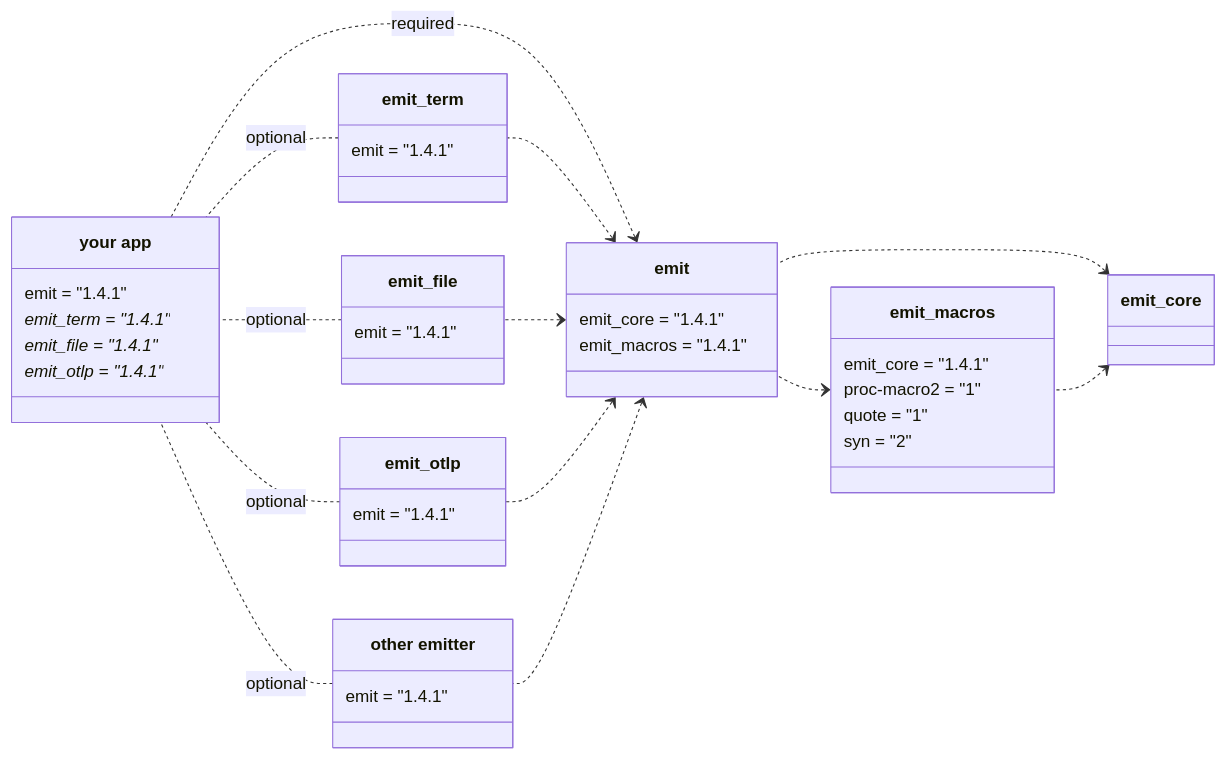
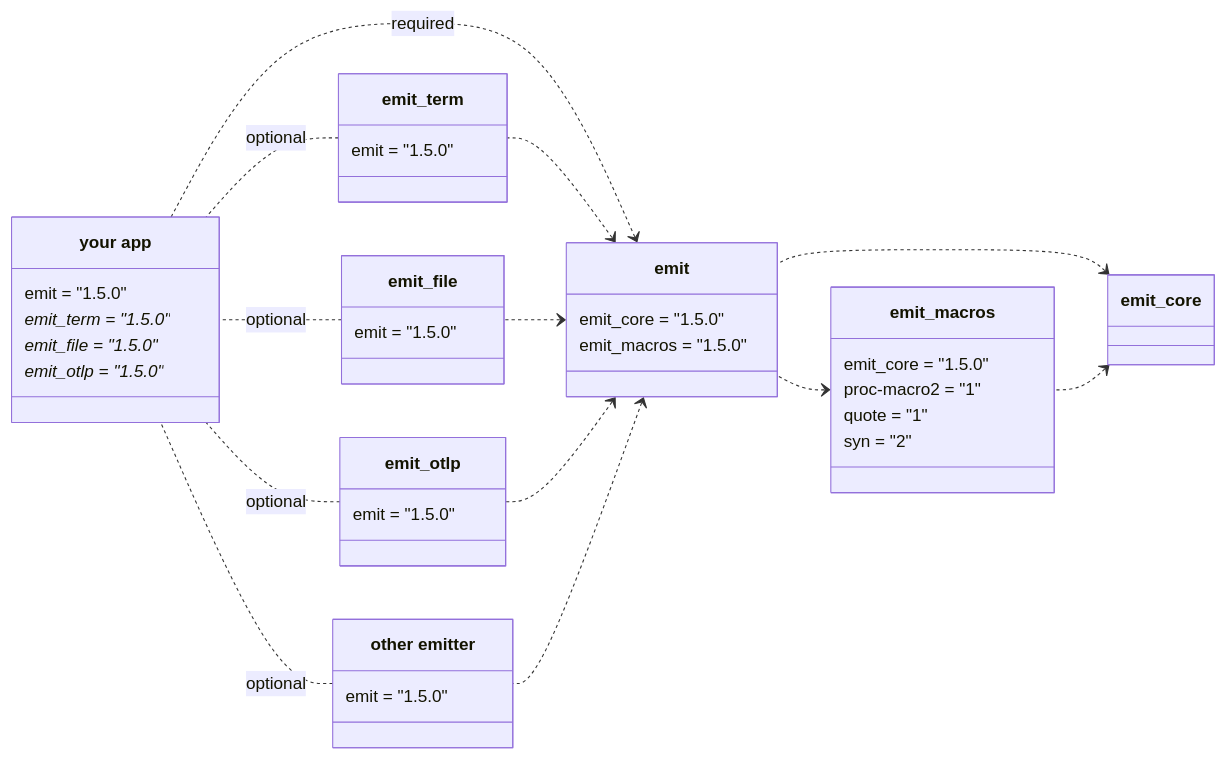
The first of 5 diagrams in book/src/reference/architecture.md (emit-rs/emit), drawn with Mermaid before and after one commit. The commit also changed other lines of this file and 61 other files, not shown here.

````diff
--- a/book/src/reference/architecture.md
+++ b/book/src/reference/architecture.md
@@ -9,62 +9,62 @@
 ```mermaid
 classDiagram
     direction RL
     
     emit_core <.. emit_macros
     emit_core <.. emit
     emit_macros <.. emit
 
     class emit_macros {
-        emit_core = "1.4.1"
+        emit_core = "1.5.0"
         proc-macro2 = "1"
         quote = "1"
         syn = "2"
     }
 
     emit <.. emit_term
     emit <.. emit_file
     emit <.. emit_otlp
     emit <.. emit_custom
 
     emit <.. app : required
 
     class emit {
-        emit_core = "1.4.1"
-        emit_macros = "1.4.1"
+        emit_core = "1.5.0"
+        emit_macros = "1.5.0"
     }
 
     emit_term .. app : optional
     emit_file .. app : optional
     emit_otlp .. app : optional
     emit_custom .. app : optional
 
     class emit_term {
-        emit = "1.4.1"
+        emit = "1.5.0"
     }
 
     class emit_file {
-        emit = "1.4.1"
+        emit = "1.5.0"
     }
 
     class emit_otlp {
-        emit = "1.4.1"
+        emit = "1.5.0"
     }
 
     class emit_custom["other emitter"] {
-        emit = "1.4.1"
+        emit = "1.5.0"
     }
 
     class app["your app"] {
-        emit = "1.4.1"
-        emit_term = "1.4.1"*
-        emit_file = "1.4.1"*
-        emit_otlp = "1.4.1"*
+        emit = "1.5.0"
+        emit_term = "1.5.0"*
+        emit_file = "1.5.0"*
+        emit_otlp = "1.5.0"*
     }
 
-    click emit_core href "https://docs.rs/emit_core/1.4.1/emit_core/index.html"
-    click emit_macros href "https://docs.rs/emit_macros/1.4.1/emit_macros/index.html"
-    click emit href "https://docs.rs/emit/1.4.1/emit/index.html"
-    click emit_term href "https://docs.rs/emit_term/1.4.1/emit_term/index.html"
-    click emit_file href "https://docs.rs/emit_file/1.4.1/emit_file/index.html"
-    click emit_otlp href "https://docs.rs/emit_otlp/1.4.1/emit_otlp/index.html"
+    click emit_core href "https://docs.rs/emit_core/1.5.0/emit_core/index.html"
+    click emit_macros href "https://docs.rs/emit_macros/1.5.0/emit_macros/index.html"
+    click emit href "https://docs.rs/emit/1.5.0/emit/index.html"
+    click emit_term href "https://docs.rs/emit_term/1.5.0/emit_term/index.html"
+    click emit_file href "https://docs.rs/emit_file/1.5.0/emit_file/index.html"
+    click emit_otlp href "https://docs.rs/emit_otlp/1.5.0/emit_otlp/index.html"
 ```
````
